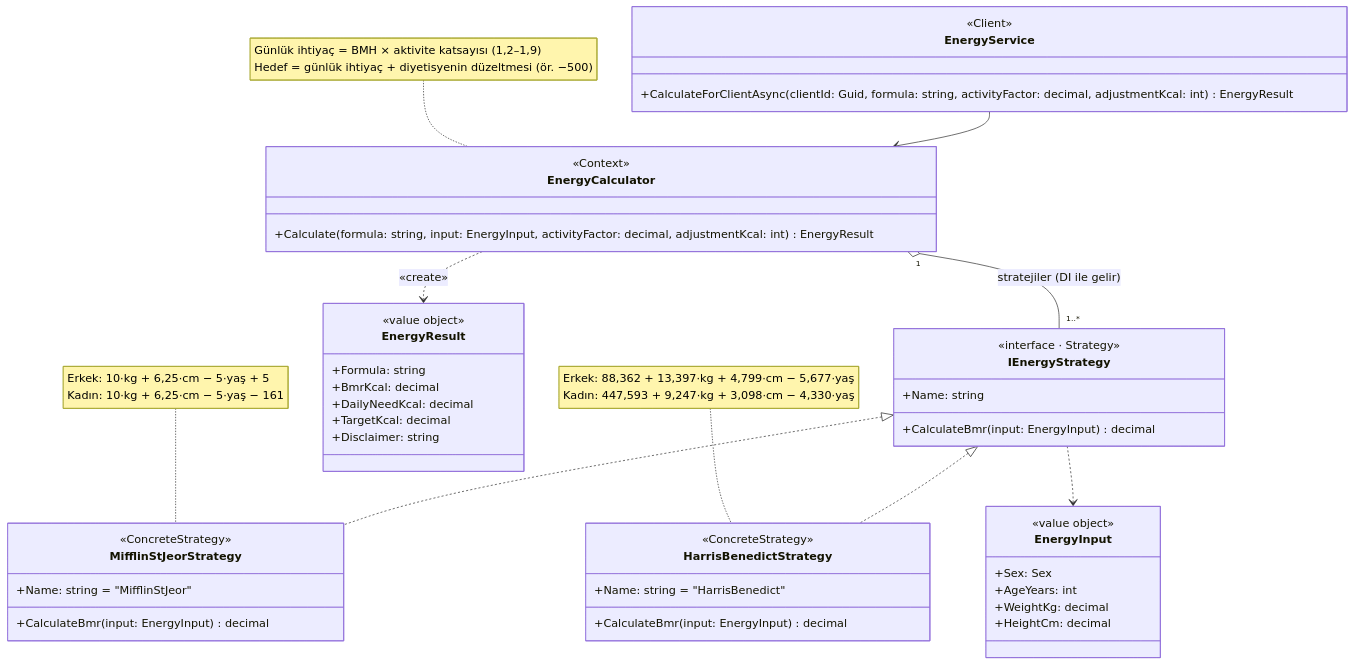
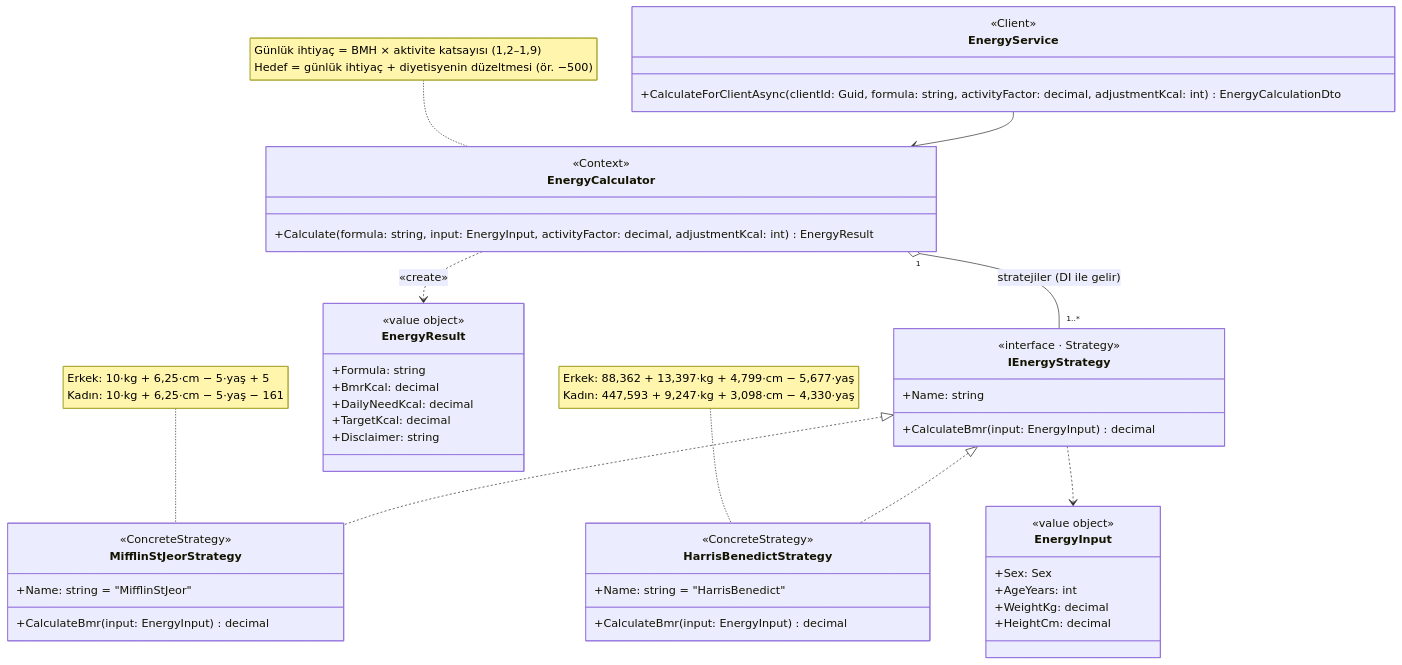
One commit to Emmet47/diyetisyen-danisan-takip-sistemi changed the diagram in docs/uml/p-3-strategy.mmd. Above: the diagram before and after it, drawn with Mermaid. The commit also changed 142 other files, not shown here.

```diff
--- a/docs/uml/p-3-strategy.mmd
+++ b/docs/uml/p-3-strategy.mmd
@@ -1,49 +1,49 @@
 classDiagram
 direction TB
 class EnergyService {
   <<Client>>
-  +CalculateForClientAsync(clientId: Guid, formula: string, activityFactor: decimal, adjustmentKcal: int) EnergyResult
+  +CalculateForClientAsync(clientId: Guid, formula: string, activityFactor: decimal, adjustmentKcal: int) EnergyCalculationDto
 }
 class EnergyCalculator {
   <<Context>>
   +Calculate(formula: string, input: EnergyInput, activityFactor: decimal, adjustmentKcal: int) EnergyResult
 }
 class IEnergyStrategy {
   <<interface · Strategy>>
   +Name: string
   +CalculateBmr(input: EnergyInput) decimal
 }
 class MifflinStJeorStrategy {
   <<ConcreteStrategy>>
   +Name: string = "MifflinStJeor"
   +CalculateBmr(input: EnergyInput) decimal
 }
 class HarrisBenedictStrategy {
   <<ConcreteStrategy>>
   +Name: string = "HarrisBenedict"
   +CalculateBmr(input: EnergyInput) decimal
 }
 class EnergyInput {
   <<value object>>
   +Sex: Sex
   +AgeYears: int
   +WeightKg: decimal
   +HeightCm: decimal
 }
 class EnergyResult {
   <<value object>>
   +Formula: string
   +BmrKcal: decimal
   +DailyNeedKcal: decimal
   +TargetKcal: decimal
   +Disclaimer: string
 }
 IEnergyStrategy <|.. MifflinStJeorStrategy
 IEnergyStrategy <|.. HarrisBenedictStrategy
 EnergyService --> EnergyCalculator
 EnergyCalculator "1" o-- "1..*" IEnergyStrategy : stratejiler (DI ile gelir)
 IEnergyStrategy ..> EnergyInput
 EnergyCalculator ..> EnergyResult : «create»
 note for MifflinStJeorStrategy "Erkek: 10·kg + 6,25·cm − 5·yaş + 5<br>Kadın: 10·kg + 6,25·cm − 5·yaş − 161"
 note for HarrisBenedictStrategy "Erkek: 88,362 + 13,397·kg + 4,799·cm − 5,677·yaş<br>Kadın: 447,593 + 9,247·kg + 3,098·cm − 4,330·yaş"
 note for EnergyCalculator "Günlük ihtiyaç = BMH × aktivite katsayısı (1,2–1,9)<br>Hedef = günlük ihtiyaç + diyetisyenin düzeltmesi (ör. −500)"
```
